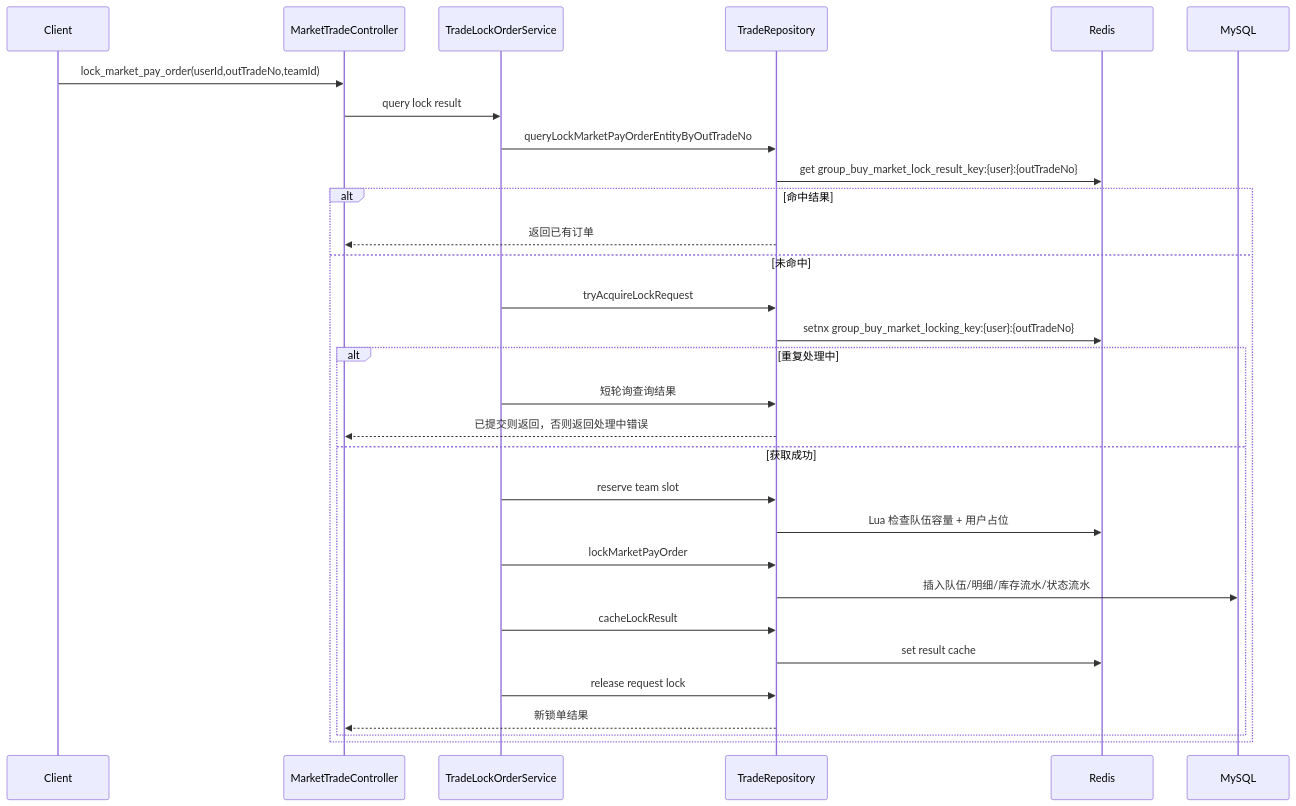
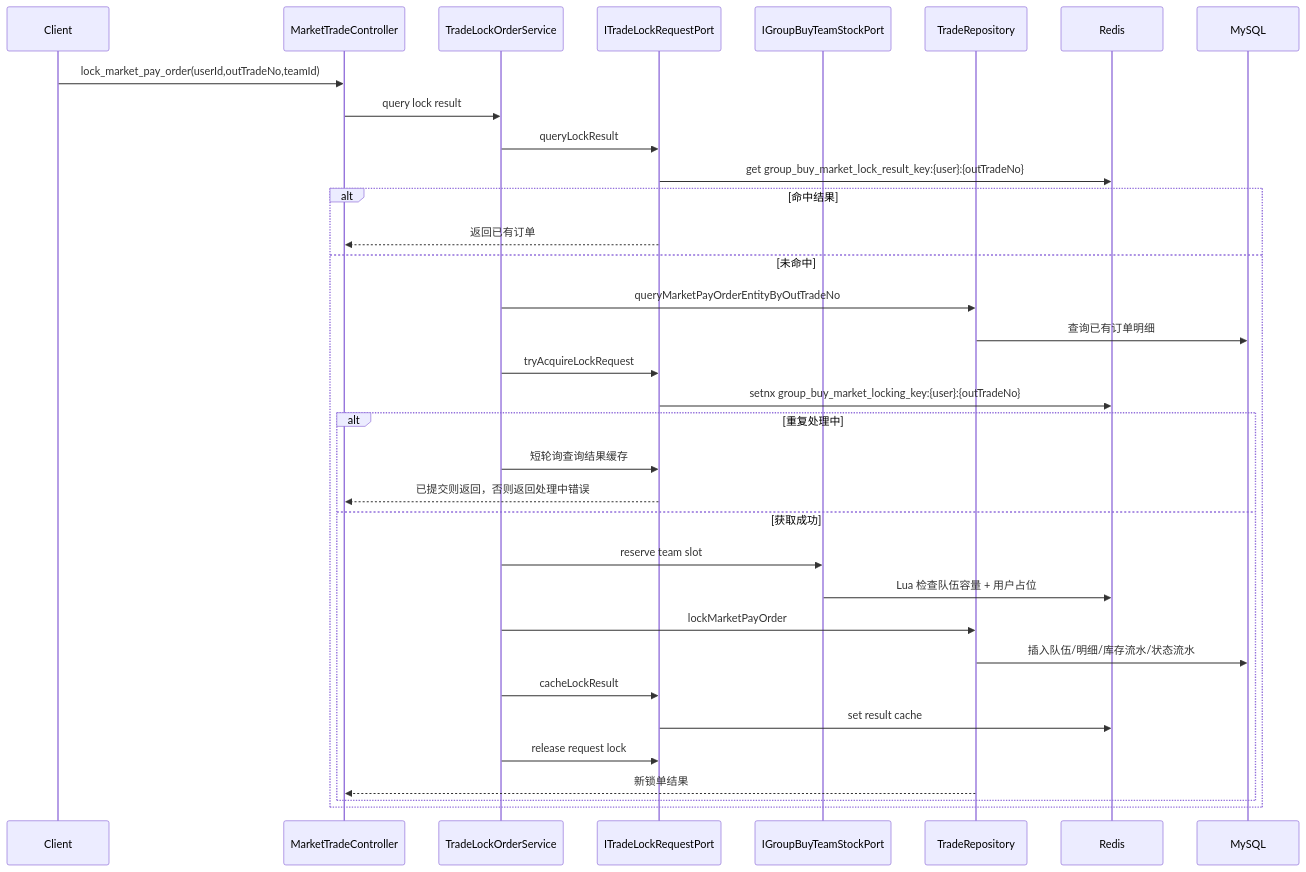
The diagram in docs/sdd/2026-05-30-group-buy-lock-idempotency.md (qsyy0921/my_ecommerce), drawn with Mermaid before and after one commit. The commit also changed other lines of this file and 11 other files, not shown here.

Commit message:
refactor: isolate trade lock request port

````diff
--- a/docs/sdd/2026-05-30-group-buy-lock-idempotency.md
+++ b/docs/sdd/2026-05-30-group-buy-lock-idempotency.md
@@ -19,33 +19,37 @@
 ```mermaid
 sequenceDiagram
     participant C as Client
     participant Api as MarketTradeController
     participant S as TradeLockOrderService
+    participant P as ITradeLockRequestPort
+    participant Stock as IGroupBuyTeamStockPort
     participant R as TradeRepository
     participant Redis as Redis
     participant DB as MySQL
 
     C->>Api: lock_market_pay_order(userId,outTradeNo,teamId)
     Api->>S: query lock result
-    S->>R: queryLockMarketPayOrderEntityByOutTradeNo
-    R->>Redis: get group_buy_market_lock_result_key:{user}:{outTradeNo}
+    S->>P: queryLockResult
+    P->>Redis: get group_buy_market_lock_result_key:{user}:{outTradeNo}
     alt 命中结果
-        R-->>Api: 返回已有订单
+        P-->>Api: 返回已有订单
     else 未命中
-        S->>R: tryAcquireLockRequest
-        R->>Redis: setnx group_buy_market_locking_key:{user}:{outTradeNo}
+        S->>R: queryMarketPayOrderEntityByOutTradeNo
+        R->>DB: 查询已有订单明细
+        S->>P: tryAcquireLockRequest
+        P->>Redis: setnx group_buy_market_locking_key:{user}:{outTradeNo}
         alt 重复处理中
-            S->>R: 短轮询查询结果
-            R-->>Api: 已提交则返回，否则返回处理中错误
+            S->>P: 短轮询查询结果缓存
+            P-->>Api: 已提交则返回，否则返回处理中错误
         else 获取成功
-            S->>R: reserve team slot
-            R->>Redis: Lua 检查队伍容量 + 用户占位
+            S->>Stock: reserve team slot
+            Stock->>Redis: Lua 检查队伍容量 + 用户占位
             S->>R: lockMarketPayOrder
             R->>DB: 插入队伍/明细/库存流水/状态流水
-            S->>R: cacheLockResult
-            R->>Redis: set result cache
-            S->>R: release request lock
+            S->>P: cacheLockResult
+            P->>Redis: set result cache
+            S->>P: release request lock
             R-->>Api: 新锁单结果
         end
     end
 ```
````
